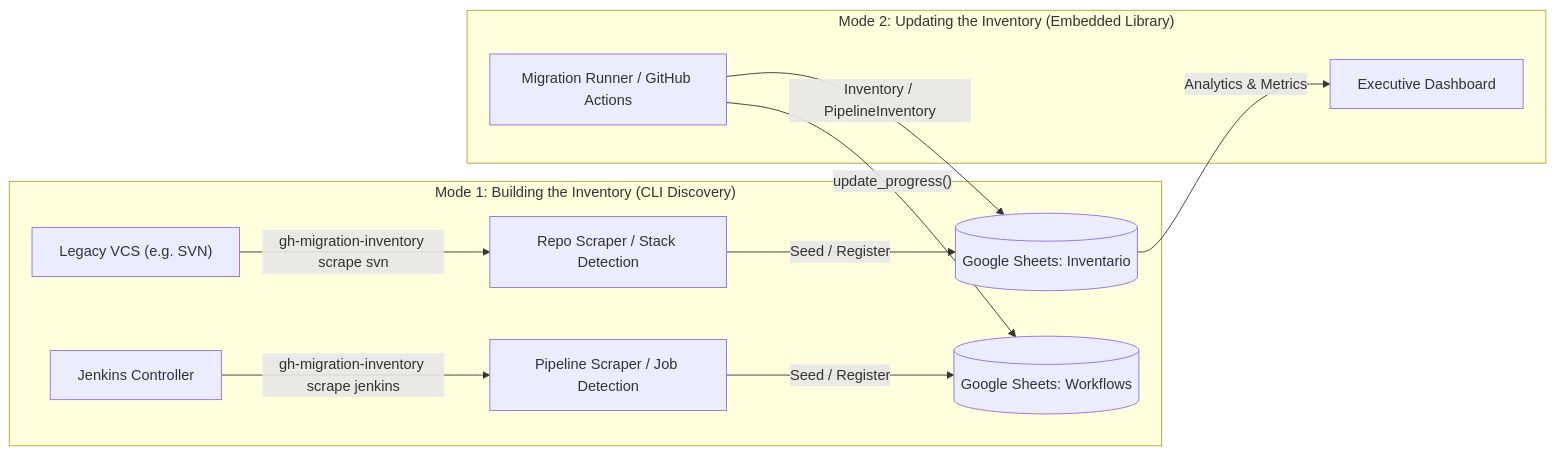
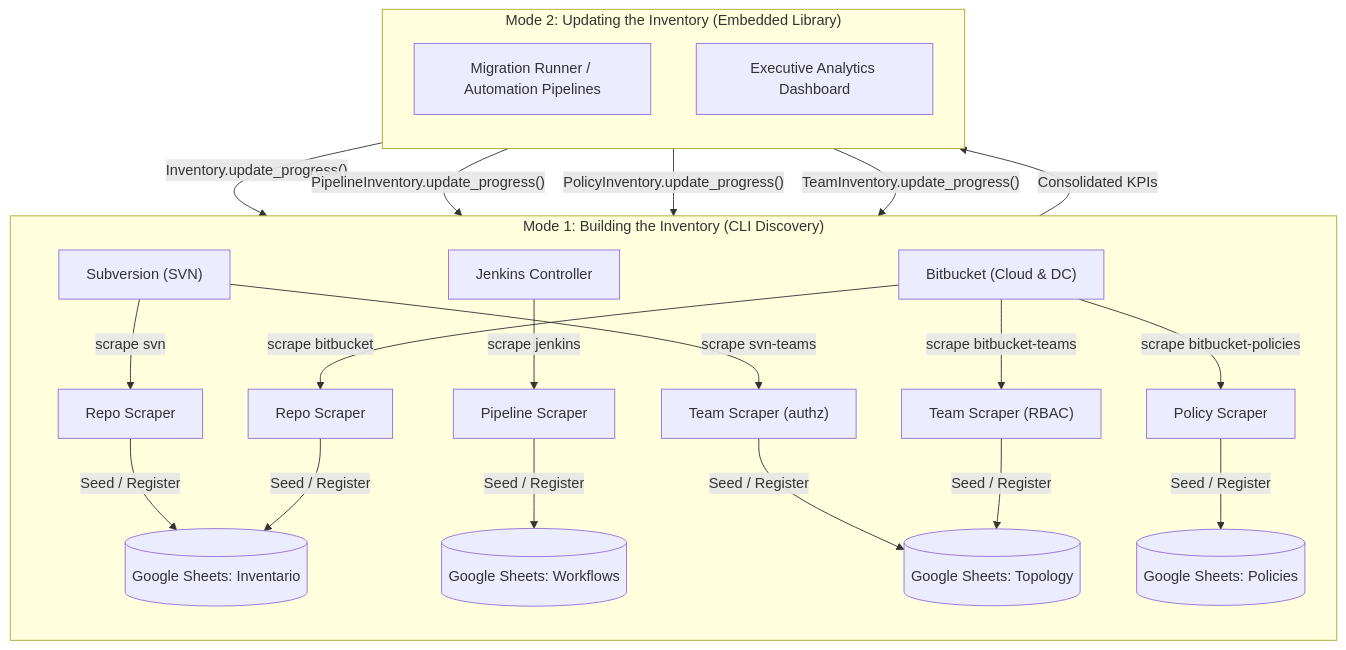
Before and after one commit to ilegra/gh-migration-inventory-manager: the diagram in README.md, drawn with Mermaid. The commit also changed other lines of this file, not shown here.

````diff
--- a/README.md
+++ b/README.md
@@ -25,15 +29,30 @@
 ```mermaid
-flowchart LR
+flowchart TD
     subgraph Mode1["Mode 1: Building the Inventory (CLI Discovery)"]
-        A["Legacy VCS (e.g. SVN)"] -->|"gh-migration-inventory scrape svn"| B["Repo Scraper / Stack Detection"]
-        J["Jenkins Controller"] -->|"gh-migration-inventory scrape jenkins"| JS["Pipeline Scraper / Job Detection"]
-        B -->|"Seed / Register"| C[("Google Sheets: Inventario")]
-        JS -->|"Seed / Register"| W[("Google Sheets: Workflows")]
+        direction TB
+        SVN["Subversion (SVN)"] -->|"scrape svn"| SVN_R["Repo Scraper"]
+        SVN -->|"scrape svn-teams"| SVN_T["Team Scraper (authz)"]
+
+        JK["Jenkins Controller"] -->|"scrape jenkins"| JK_P["Pipeline Scraper"]
+
+        BB["Bitbucket (Cloud & DC)"] -->|"scrape bitbucket"| BB_R["Repo Scraper"]
+        BB -->|"scrape bitbucket-policies"| BB_POL["Policy Scraper"]
+        BB -->|"scrape bitbucket-teams"| BB_T["Team Scraper (RBAC)"]
+
+        SVN_R -->|"Seed / Register"| TAB_INV[("Google Sheets: Inventario")]
+        BB_R -->|"Seed / Register"| TAB_INV
+        JK_P -->|"Seed / Register"| TAB_WF[("Google Sheets: Workflows")]
+        SVN_T -->|"Seed / Register"| TAB_TOP[("Google Sheets: Topology")]
+        BB_T -->|"Seed / Register"| TAB_TOP
+        BB_POL -->|"Seed / Register"| TAB_POL[("Google Sheets: Policies")]
     end
 
     subgraph Mode2["Mode 2: Updating the Inventory (Embedded Library)"]
-        D["Migration Runner / GitHub Actions"] -->|"Inventory / PipelineInventory"| C
-        D -->|"update_progress()"| W
-        C -->|"Analytics & Metrics"| E["Executive Dashboard"]
+        direction TB
+        MIG["Migration Runner / Automation Pipelines"] -->|"Inventory.update_progress()"| TAB_INV
+        MIG -->|"PipelineInventory.update_progress()"| TAB_WF
+        MIG -->|"PolicyInventory.update_progress()"| TAB_POL
+        MIG -->|"TeamInventory.update_progress()"| TAB_TOP
+        TAB_INV -->|"Consolidated KPIs"| DASH["Executive Analytics Dashboard"]
     end
 ```
````
